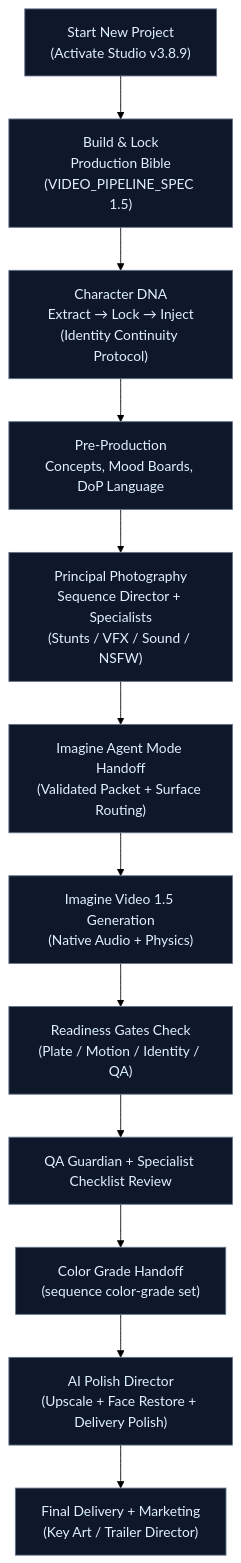
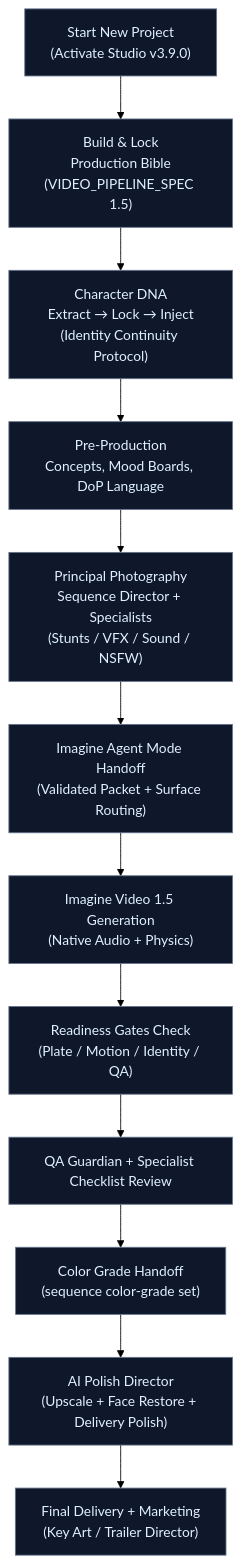
The second of 2 diagrams in README.md (FineComputer14451/Grok-Imagine-Cinematic-Studio), drawn with Mermaid (forest theme) before and after one commit. The commit also changed other lines of this file and 53 other files, not shown here.

````diff
--- a/README.md
+++ b/README.md
@@ -148,17 +148,17 @@
 ```mermaid
 flowchart TD
-    Start["Start New Project<br/>(Activate Studio v3.8.9)"] --> Bible["Build & Lock<br/>Production Bible<br/>(VIDEO_PIPELINE_SPEC 1.5)"]
+    Start["Start New Project<br/>(Activate Studio v3.9.0)"] --> Bible["Build & Lock<br/>Production Bible<br/>(VIDEO_PIPELINE_SPEC 1.5)"]
     Bible --> DNA["Character DNA<br/>Extract → Lock → Inject<br/>(Identity Continuity Protocol)"]
     DNA --> PreProd["Pre-Production<br/>Concepts, Mood Boards, DoP Language"]
     PreProd --> Principal["Principal Photography<br/>Sequence Director + Specialists<br/>(Stunts / VFX / Sound / NSFW)"]
     Principal --> Handoff["Imagine Agent Mode Handoff<br/>(Validated Packet + Surface Routing)"]
     Handoff --> Generate["Imagine Video 1.5 Generation<br/>(Native Audio + Physics)"]
     Generate --> Gates["Readiness Gates Check<br/>(Plate / Motion / Identity / QA)"]
     Gates --> Review["QA Guardian + Specialist Checklist Review"]
     Review --> Color["Color Grade Handoff<br/>(sequence color-grade set)"]
     Color --> Polish["AI Polish Director<br/>(Upscale + Face Restore + Delivery Polish)"]
     Polish --> Deliver["Final Delivery + Marketing<br/>(Key Art / Trailer Director)"]
 
     classDef step fill:#0f172a,stroke:#64748b,color:#e0f2fe
     class Start,Bible,DNA,PreProd,Principal,Handoff,Generate,Gates,Review,Color,Polish,Deliver step
 ```
````
